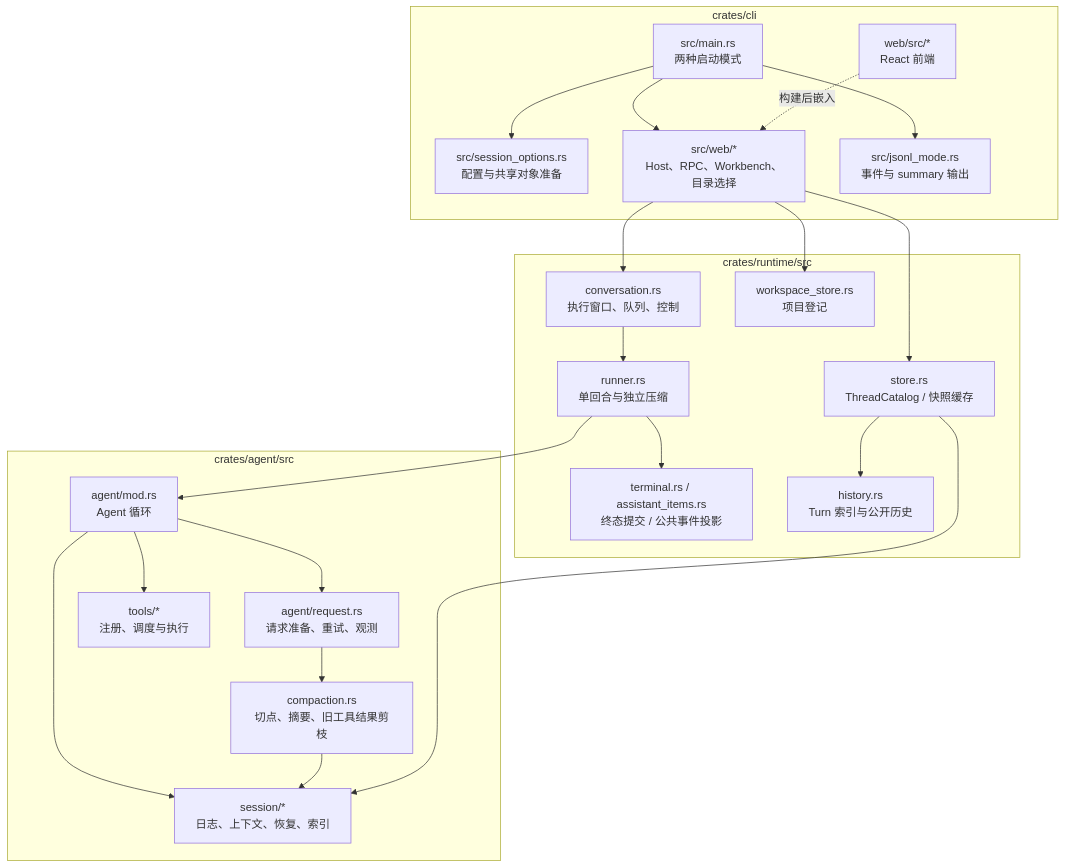
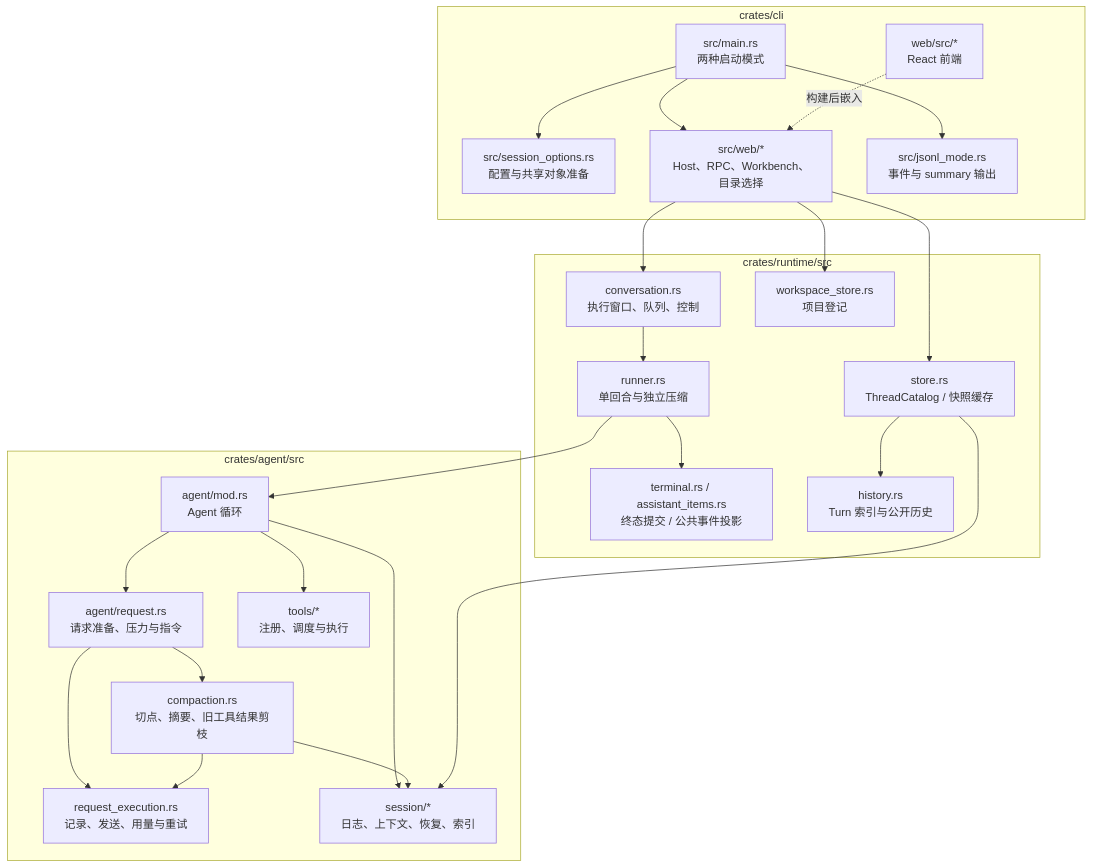
One commit to qjcnmd/singularity-agent changed the third of 29 diagrams in docs/singularity.md. Above: the diagram before and after it, drawn with Mermaid. The commit also changed other lines of this file and 71 other files, not shown here.

````diff
--- a/docs/singularity.md
+++ b/docs/singularity.md
@@ -73,27 +73,29 @@
 ```mermaid
 flowchart TB
     subgraph CliSource["crates/cli"]
         Main["src/main.rs<br/>两种启动模式"] --> Setup["src/session_options.rs<br/>配置与共享对象准备"]
         Main --> Web["src/web/*<br/>Host、RPC、Workbench、目录选择"]
         Main --> JSONL["src/jsonl_mode.rs<br/>事件与 summary 输出"]
         Front["web/src/*<br/>React 前端"] -. "构建后嵌入" .-> Web
     end
     subgraph RuntimeSource["crates/runtime/src"]
         Conv["conversation.rs<br/>执行窗口、队列、控制"] --> Run["runner.rs<br/>单回合与独立压缩"]
         Run --> Terminal["terminal.rs / assistant_items.rs<br/>终态提交 / 公共事件投影"]
         Catalog["store.rs<br/>ThreadCatalog / 快照缓存"] --> History["history.rs<br/>Turn 索引与公开历史"]
         WS["workspace_store.rs<br/>项目登记"]
     end
     subgraph AgentSource["crates/agent/src"]
-        Loop["agent/mod.rs<br/>Agent 循环"] --> Requests["agent/request.rs<br/>请求准备、重试、观测"]
+        Loop["agent/mod.rs<br/>Agent 循环"] --> Requests["agent/request.rs<br/>请求准备、压力与指令"]
         Loop --> Tool["tools/*<br/>注册、调度与执行"]
         Requests --> Compact["compaction.rs<br/>切点、摘要、旧工具结果剪枝"]
+        Requests --> Execute["request_execution.rs<br/>记录、发送、用量与重试"]
+        Compact --> Execute
         Loop --> Sessions["session/*<br/>日志、上下文、恢复、索引"]
         Compact --> Sessions
     end
     Web --> Conv
     Web --> Catalog
     Web --> WS
     Run --> Loop
     Catalog --> Sessions
 ```
````
